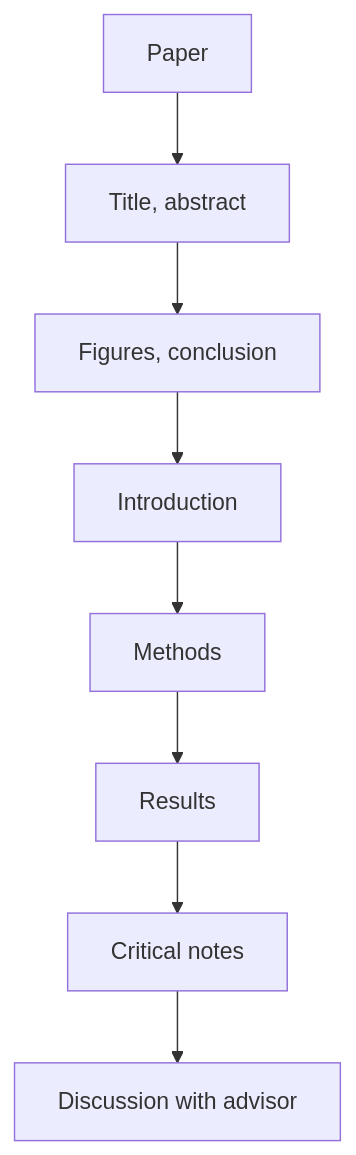
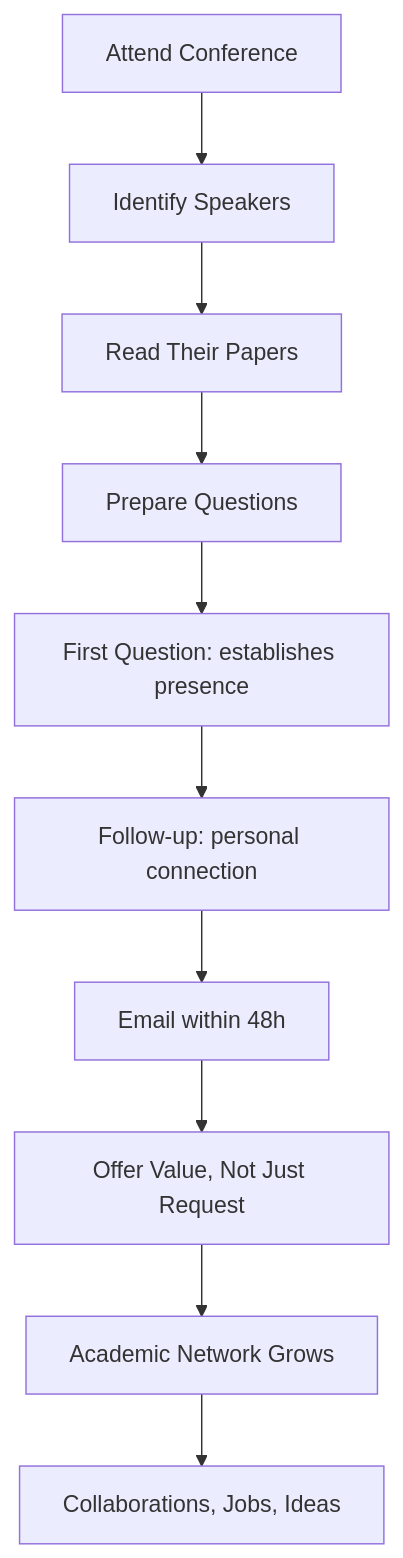
The third of 8 diagrams in 01_BSc_Physics/electives/PHYS_2080_Physics_Seminar_I/README.md (yip-lgtm/PhysicsSelfStudy), drawn with Mermaid before and after one commit. The commit also changed other lines of this file and 17 other files, not shown here.

````diff
--- a/01_BSc_Physics/electives/PHYS_2080_Physics_Seminar_I/README.md
+++ b/01_BSc_Physics/electives/PHYS_2080_Physics_Seminar_I/README.md
@@ -137,10 +281,12 @@
 ```mermaid
 graph TD
-    A[Paper] --> B[Title, abstract]
-    B --> C[Figures, conclusion]
-    C --> D[Introduction]
-    D --> E[Methods]
-    E --> F[Results]
-    F --> G[Critical notes]
-    G --> H[Discussion with advisor]
+    A[Attend Conference] --> B[Identify Speakers]
+    B --> C[Read Their Papers]
+    C --> D[Prepare Questions]
+    D --> E[First Question: establishes presence]
+    E --> F[Follow-up: personal connection]
+    F --> G[Email within 48h]
+    G --> H[Offer Value, Not Just Request]
+    H --> I[Academic Network Grows]
+    I --> J[Collaborations, Jobs, Ideas]
 ```
````
